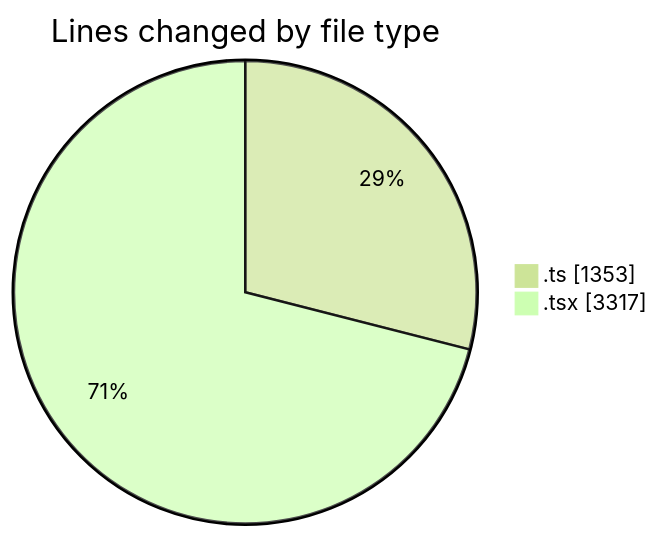
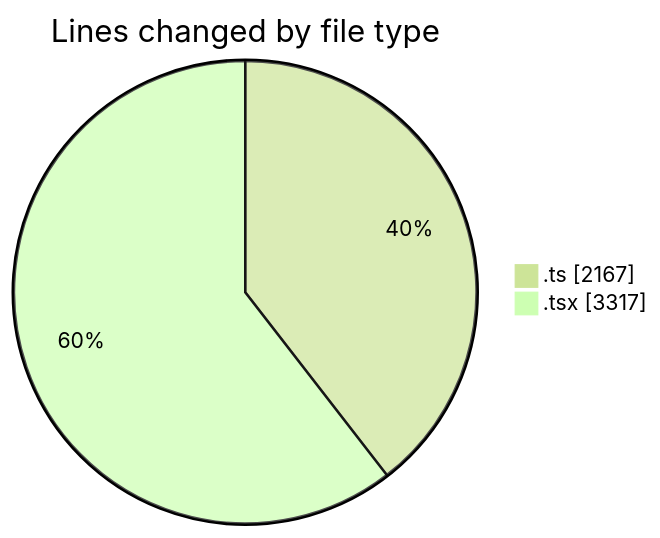
Before and after one commit to nxtqubesakshisongat/code-tracking: the first of 2 diagrams in 2026-03-12/nxtqube_webapp/README.md, drawn with Mermaid (forest theme). The commit also changed other lines of this file and 1 other file, not shown here.

````diff
--- a/2026-03-12/nxtqube_webapp/README.md
+++ b/2026-03-12/nxtqube_webapp/README.md
@@ -31,6 +32,6 @@
 ```mermaid
 pie showData
 title Lines changed by file type
-".ts" : 1353
+".ts" : 2167
 ".tsx" : 3317
 ```
````
